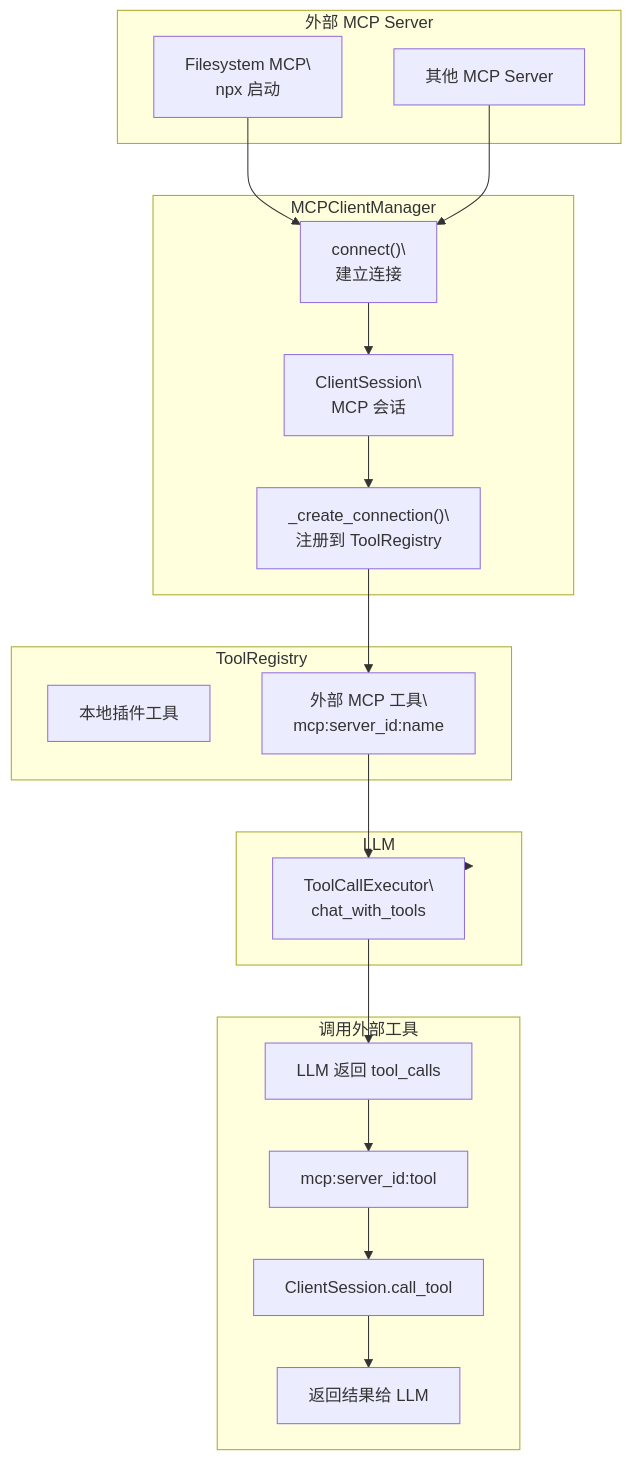
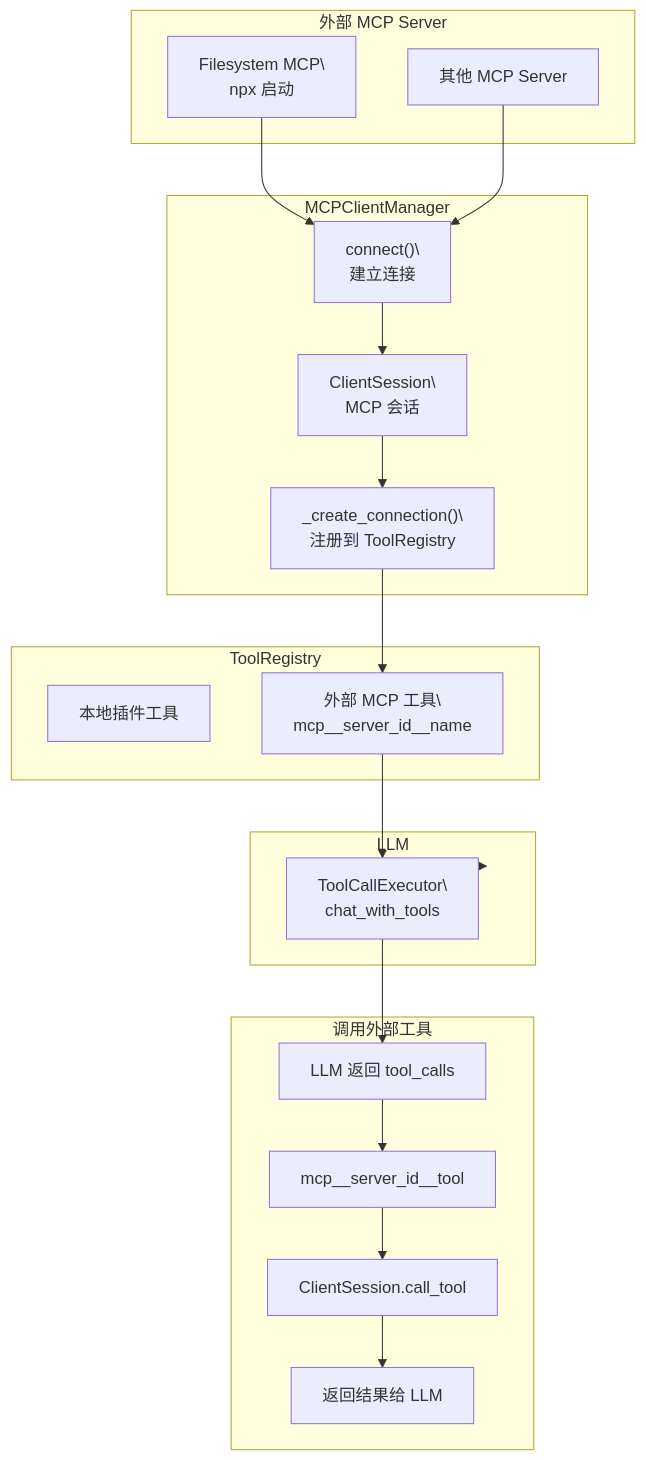
Before and after one commit to KKPIP-Tech/InstructionX: the third of 5 diagrams in docs/core/mcp/overview.md, drawn with Mermaid. The commit also changed other lines of this file and 35 other files, not shown here.

````diff
--- a/docs/core/mcp/overview.md
+++ b/docs/core/mcp/overview.md
@@ -130,42 +130,42 @@
 ```mermaid
 flowchart TD
     subgraph External [外部 MCP Server]
         FS["Filesystem MCP\\nnpx 启动"]
         OTHER[其他 MCP Server]
     end
 
     subgraph CM [MCPClientManager]
         CONNECT["connect()\\n建立连接"]
         SESSION["ClientSession\\nMCP 会话"]
         REGTools["_create_connection()\\n注册到 ToolRegistry"]
     end
 
     subgraph TR [ToolRegistry]
         LOCALTOOLS[本地插件工具]
-        MCPTOOLS["外部 MCP 工具\\nmcp:server_id:name"]
+        MCPTOOLS["外部 MCP 工具\\nmcp__server_id__name"]
     end
 
     subgraph LLM [LLM]
         TCE["ToolCallExecutor\\nchat_with_tools"]
     end
 
     FS --> CONNECT
     OTHER --> CONNECT
     CONNECT --> SESSION
     SESSION --> REGTools
     REGTools --> MCPTOOLS
     MCPTOOLS --> TCE
     TCE --> LLM
 
     subgraph 调用外部工具
         CALL[LLM 返回 tool_calls]
-        INVOKE[mcp:server_id:tool]
+        INVOKE[mcp__server_id__tool]
         EXEC[ClientSession.call_tool]
         OUT[返回结果给 LLM]
     end
 
     TCE --> CALL
     CALL --> INVOKE
     INVOKE --> EXEC
     EXEC --> OUT
 ```
````
